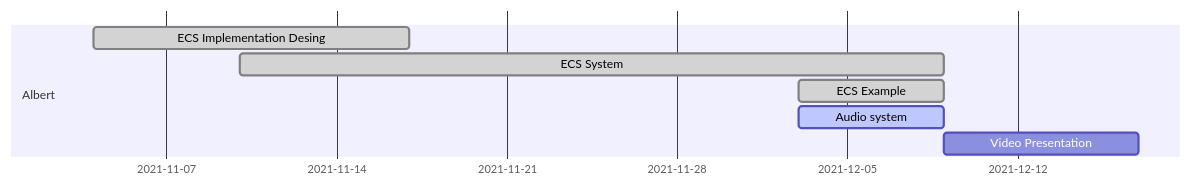
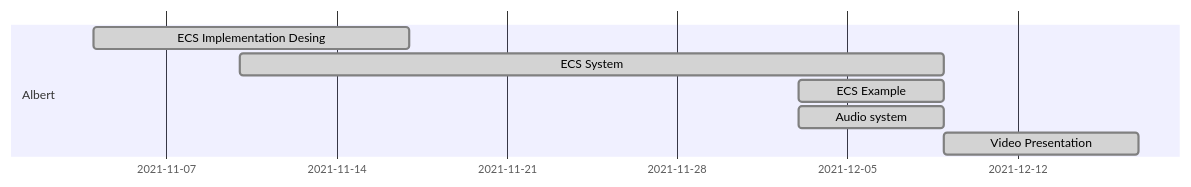
One commit to IlkkaTakala/Eril-Engine changed the third of 6 diagrams in docs/ProjectPlan.md. Above: the diagram before and after it, drawn with Mermaid. The commit also changed other lines of this file and 2 other files, not shown here.

````diff
--- a/docs/ProjectPlan.md
+++ b/docs/ProjectPlan.md
@@ -90,11 +80,11 @@
 ```mermaid
 gantt
 dateFormat  DD-MM
 
 section Albert
 ECS Implementation Desing:done,   ades2, 04-11, 13d
 ECS System              :done,    ades3, 10-11, 09-12
 ECS Example             :done,    ades4, 03-12, 09-12
-Audio system            :active,  ades6, 03-12, 09-12
-Video Presentation      :         ades5, 09-12, 17-12
+Audio system            :done,    ades6, 03-12, 09-12
+Video Presentation      :done,    ades5, 09-12, 17-12
 ```
````
